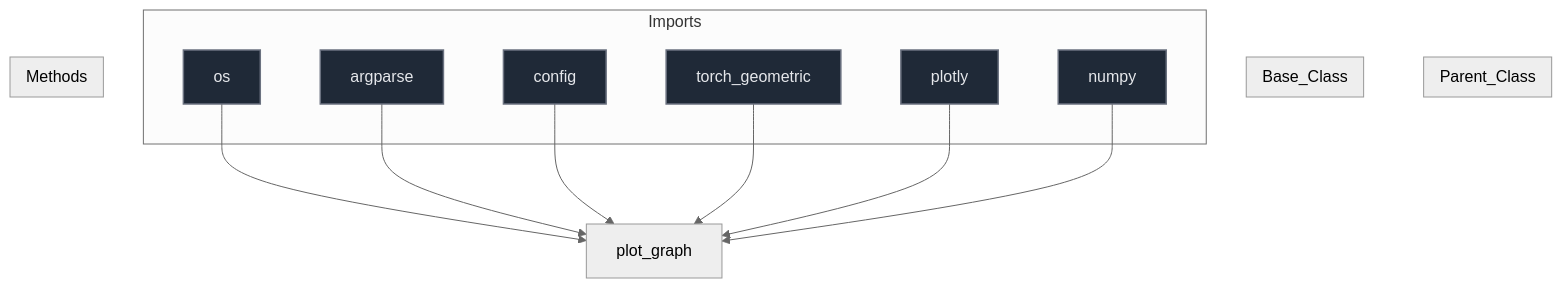
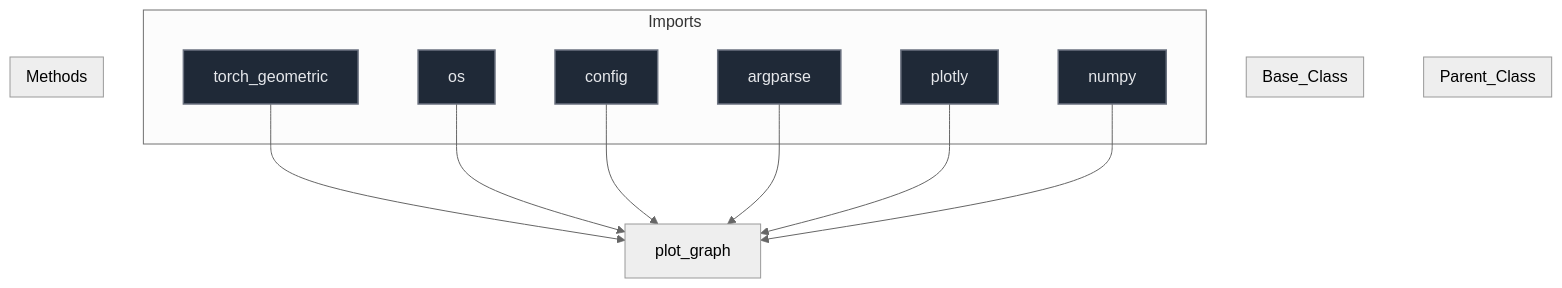
One commit to mllam/neural-lam changed the diagram in docs/diagrams/plot_graph_diagram.md. Above: the diagram before and after it, drawn with Mermaid (neutral theme). The commit also changed 18 other files, not shown here.

Commit message:
Auto-update Mermaid diagrams

````diff
--- a/docs/diagrams/plot_graph_diagram.md
+++ b/docs/diagrams/plot_graph_diagram.md
@@ -1,41 +1,41 @@
 ```mermaid
 %%{init: {'flowchart': {'nodeSpacing': 60, 'rankSpacing': 80}}}%%
 flowchart TD
 
 module["plot_graph"]
 
 subgraph Parent_Class
 end
 
 subgraph Base_Class
 end
 
 
 subgraph Imports
+    torch_geometric["torch_geometric"]
     os["os"]
+    config["config"]
     argparse["argparse"]
-    config["config"]
-    torch_geometric["torch_geometric"]
     plotly["plotly"]
     numpy["numpy"]
 end
 
+    torch_geometric --> module
     os --> module
+    config --> module
     argparse --> module
-    config --> module
-    torch_geometric --> module
     plotly --> module
     numpy --> module
 
 subgraph Methods
 end
 
 
 classDef parent fill:#0f172a,stroke:#3b82f6,stroke-width:2px,color:#f1f5f9,font-size:16px
 classDef base fill:#78350f,stroke:#f59e0b,stroke-width:1px,color:#fde68a,font-size:16px
 classDef import fill:#1f2937,stroke:#6b7280,stroke-width:1.5px,color:#e5e7eb,font-size:16px
 classDef method fill:#2d043f,stroke:#7c3aed,stroke-width:1.5px,color:#ede9fe,font-size:16px
 classDef callNode fill:#064e3b,stroke:#10b981,stroke-width:1.5px,color:#d1fae5,font-size:16px
-class os,argparse,config,torch_geometric,plotly,numpy import
+class torch_geometric,os,config,argparse,plotly,numpy import
 
 ```
````
